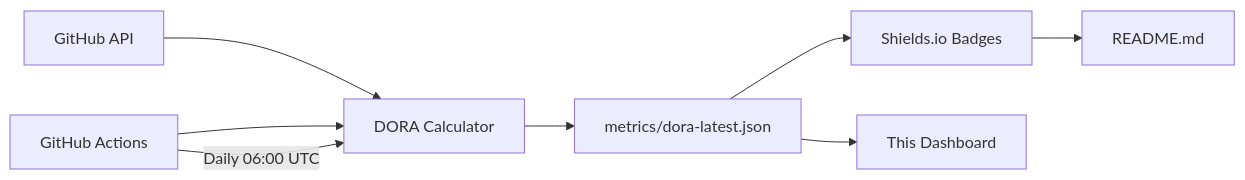
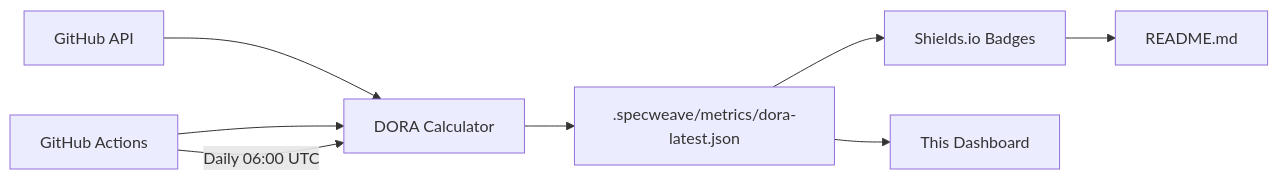
The diagram in .specweave/docs/public/metrics.md (anton-abyzov/specweave), drawn with Mermaid before and after one commit. The commit also changed other lines of this file and 4 other files, not shown here.

First line of the commit message:
fix: update DORA metrics paths from metrics/ to .specweave/metrics/

````diff
--- a/.specweave/docs/public/metrics.md
+++ b/.specweave/docs/public/metrics.md
@@ -105,10 +105,10 @@
 ```mermaid
 graph LR
     A[GitHub API] --> B[DORA Calculator]
-    B --> C[metrics/dora-latest.json]
+    B --> C[.specweave/metrics/dora-latest.json]
     C --> D[Shields.io Badges]
     D --> E[README.md]
     C --> F[This Dashboard]
     G[GitHub Actions] --> B
     G -->|Daily 06:00 UTC| B
 ```
````
